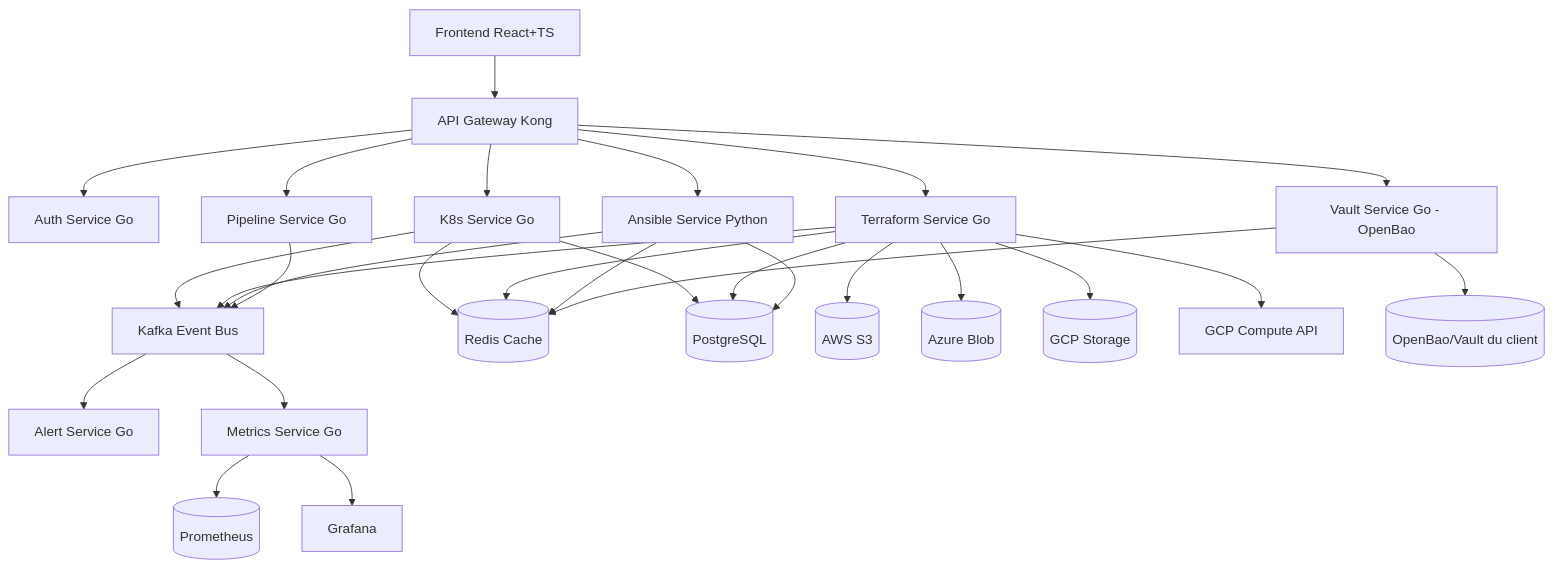
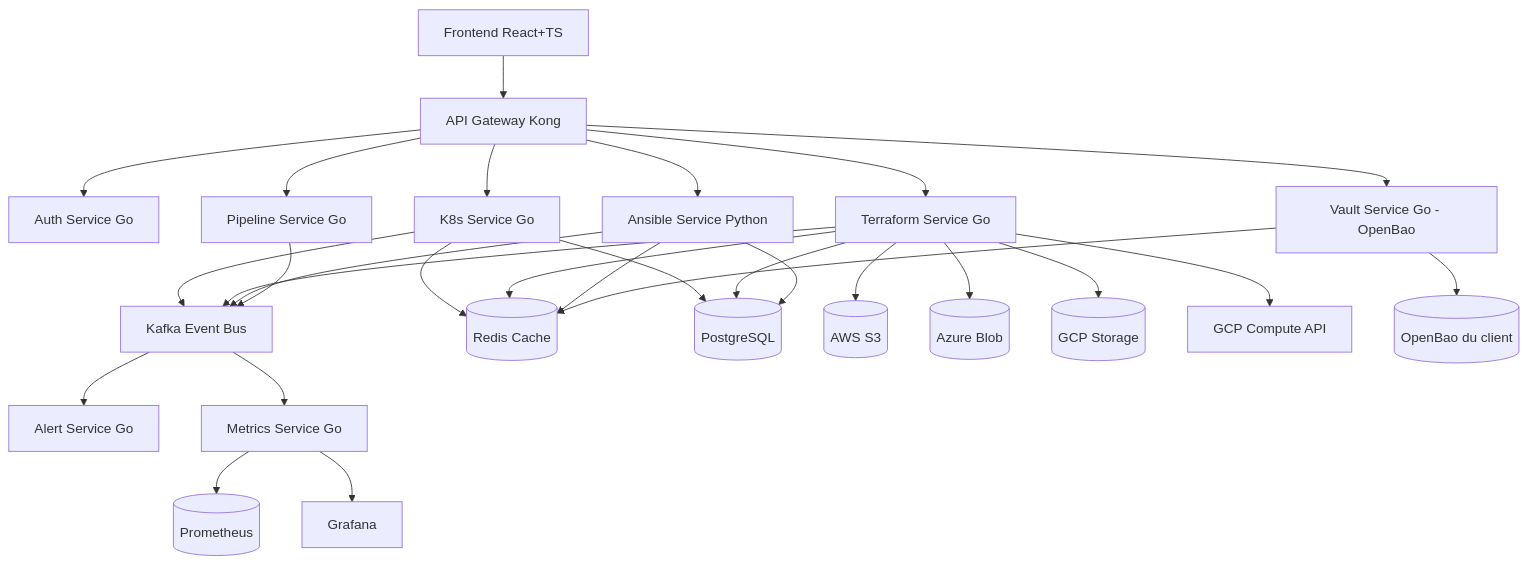
One commit to MPFabio/Kura changed the first of 3 diagrams in docs/architecture.md. Above: the diagram before and after it, drawn with Mermaid. The commit also changed 2 other files, not shown here.

Commit message:
fix(ui): retirer les mentions résiduelles HashiCorp Vault du module OpenBao

````diff
--- a/docs/architecture.md
+++ b/docs/architecture.md
@@ -56,38 +56,38 @@
 ```mermaid
 graph TB
     Frontend[Frontend React+TS] --> Gateway[API Gateway Kong]
     Gateway --> Auth[Auth Service Go]
     Gateway --> K8s[K8s Service Go]
     Gateway --> Terraform[Terraform Service Go]
     Gateway --> Ansible[Ansible Service Python]
     Gateway --> Pipeline[Pipeline Service Go]
     Gateway --> Vault[Vault Service Go - OpenBao]
     
     K8s --> Kafka[Kafka Event Bus]
     Terraform --> Kafka
     Ansible --> Kafka
     Pipeline --> Kafka
     
     Kafka --> Alert[Alert Service Go]
     Kafka --> Metrics[Metrics Service Go]
     
     K8s --> Redis[(Redis Cache)]
     Terraform --> Redis
     Ansible --> Redis
     Vault --> Redis
     
     K8s --> Postgres[(PostgreSQL)]
     Terraform --> Postgres
     Ansible --> Postgres
     
     Terraform --> S3[(AWS S3)]
     Terraform --> Azure[(Azure Blob)]
     Terraform --> GCP[(GCP Storage)]
     
     Terraform --> GCPAPI[GCP Compute API]
     
-    Vault --> ExtVault[(OpenBao/Vault du client)]
+    Vault --> ExtVault[(OpenBao du client)]
     
     Metrics --> Prometheus[(Prometheus)]
     Metrics --> Grafana[Grafana]
 ```
````
